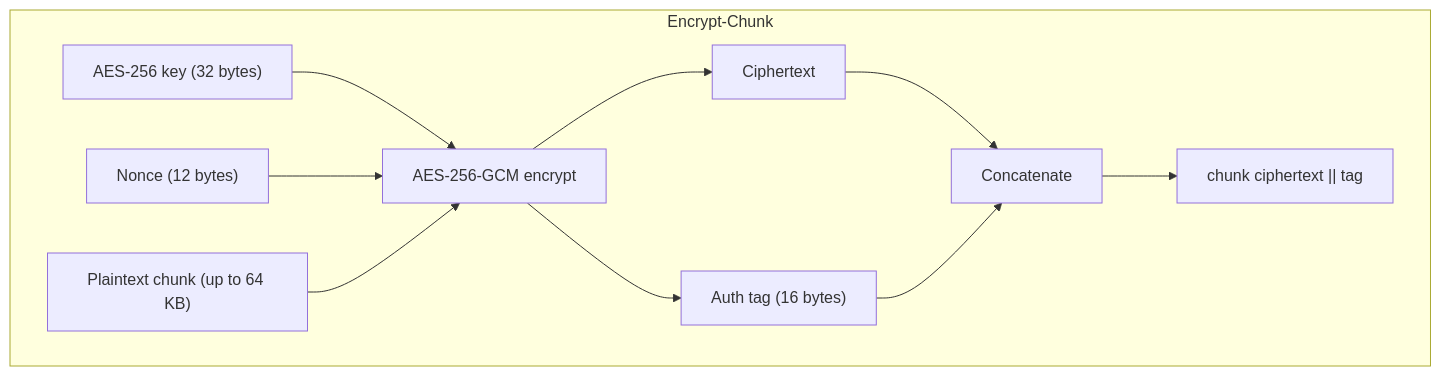
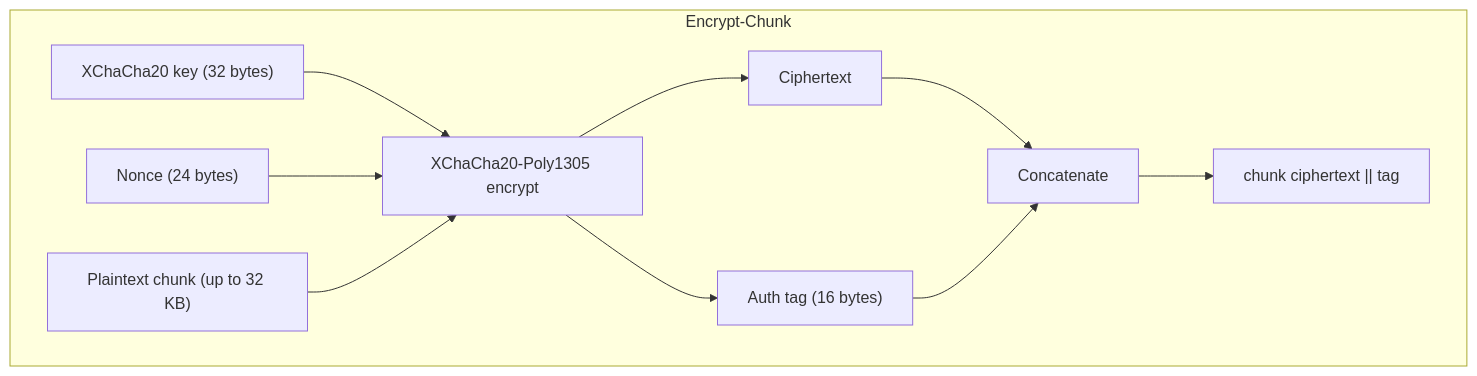
Diagram 11 of 33 in apps/docs/crypto-architecture.md (chithi-dev/chithi), drawn with Mermaid before and after one commit. The commit also changed other lines of this file, not shown here.

First line of the commit message:
docs: update crypto-architecture.md for XChaCha20-Poly1305 migration

````diff
--- a/apps/docs/crypto-architecture.md
+++ b/apps/docs/crypto-architecture.md
@@ -391,16 +310,16 @@
 ```mermaid
 flowchart TD
     subgraph Encrypt-Chunk
-        P["Plaintext chunk (up to 64 KB)"]
-        K["AES-256 key (32 bytes)"]
-        N["Nonce (12 bytes)"]
-        K --> GCM["AES-256-GCM encrypt"]
-        N --> GCM
-        P --> GCM
-        GCM --> CT["Ciphertext"]
-        GCM --> Tag["Auth tag (16 bytes)"]
+        P["Plaintext chunk (up to 32 KB)"]
+        K["XChaCha20 key (32 bytes)"]
+        N["Nonce (24 bytes)"]
+        K --> XCHACHA["XChaCha20-Poly1305 encrypt"]
+        N --> XCHACHA
+        P --> XCHACHA
+        XCHACHA --> CT["Ciphertext"]
+        XCHACHA --> Tag["Auth tag (16 bytes)"]
         CT --> Concat["Concatenate"]
         Tag --> Concat
         Concat --> Output["chunk ciphertext || tag"]
     end
 ```
````
